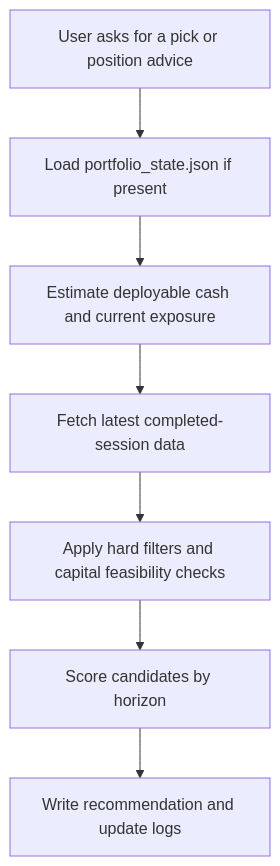
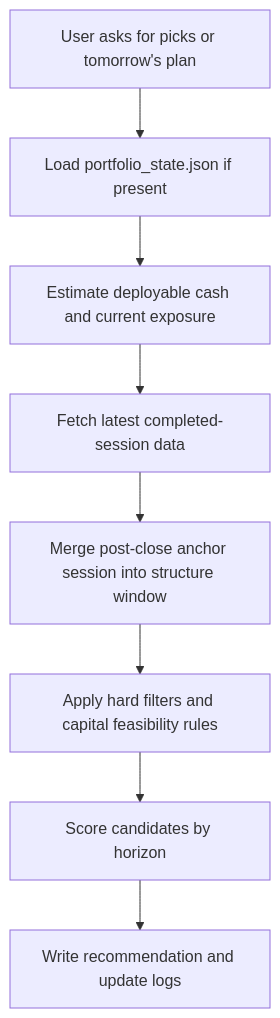
The diagram in README.md (3109406559-code/stock-selection-skills), drawn with Mermaid before and after one commit. The commit also changed other lines of this file and 3 other files, not shown here.

````diff
--- a/README.md
+++ b/README.md
@@ -39,9 +59,10 @@
 ```mermaid
 flowchart TD
-    A[User asks for a pick or position advice] --> B[Load portfolio_state.json if present]
+    A[User asks for picks or tomorrow's plan] --> B[Load portfolio_state.json if present]
     B --> C[Estimate deployable cash and current exposure]
     C --> D[Fetch latest completed-session data]
-    D --> E[Apply hard filters and capital feasibility checks]
-    E --> F[Score candidates by horizon]
-    F --> G[Write recommendation and update logs]
+    D --> E[Merge post-close anchor session into structure window]
+    E --> F[Apply hard filters and capital feasibility rules]
+    F --> G[Score candidates by horizon]
+    G --> H[Write recommendation and update logs]
 ```
````
